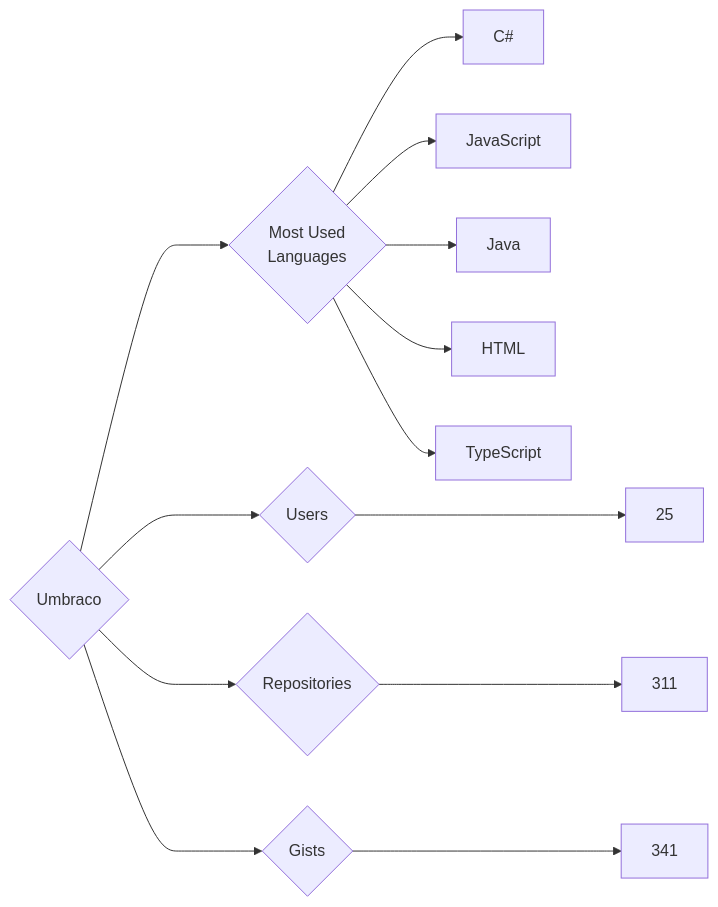
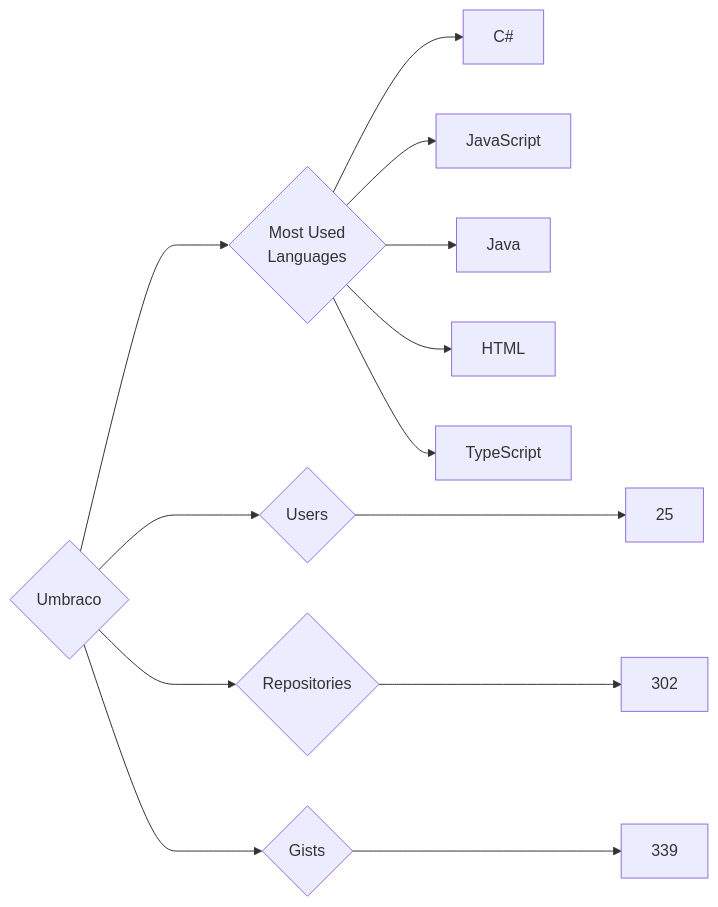
One commit to trickest/insiders changed the diagram in targets/Umbraco/README.md. Above: the diagram before and after it, drawn with Mermaid. The commit also changed 799 other files, not shown here.

````diff
--- a/targets/Umbraco/README.md
+++ b/targets/Umbraco/README.md
@@ -3,13 +3,13 @@
 ```mermaid
 graph LR
 COMPANY_NAME{Umbraco}
 COMPANY_NAME ---> U{Users} ---> UN[25]
-COMPANY_NAME ---> R{Repositories} ---> RN[311]
-COMPANY_NAME ---> G{Gists} ---> GN[341]
+COMPANY_NAME ---> R{Repositories} ---> RN[302]
+COMPANY_NAME ---> G{Gists} ---> GN[339]
 COMPANY_NAME ---> ML{Most Used<br>Languages}
 ML --> C#[C#]
 ML --> JavaScript[JavaScript]
 ML --> Java[Java]
 ML --> HTML[HTML]
 ML --> TypeScript[TypeScript]
 ```
````
